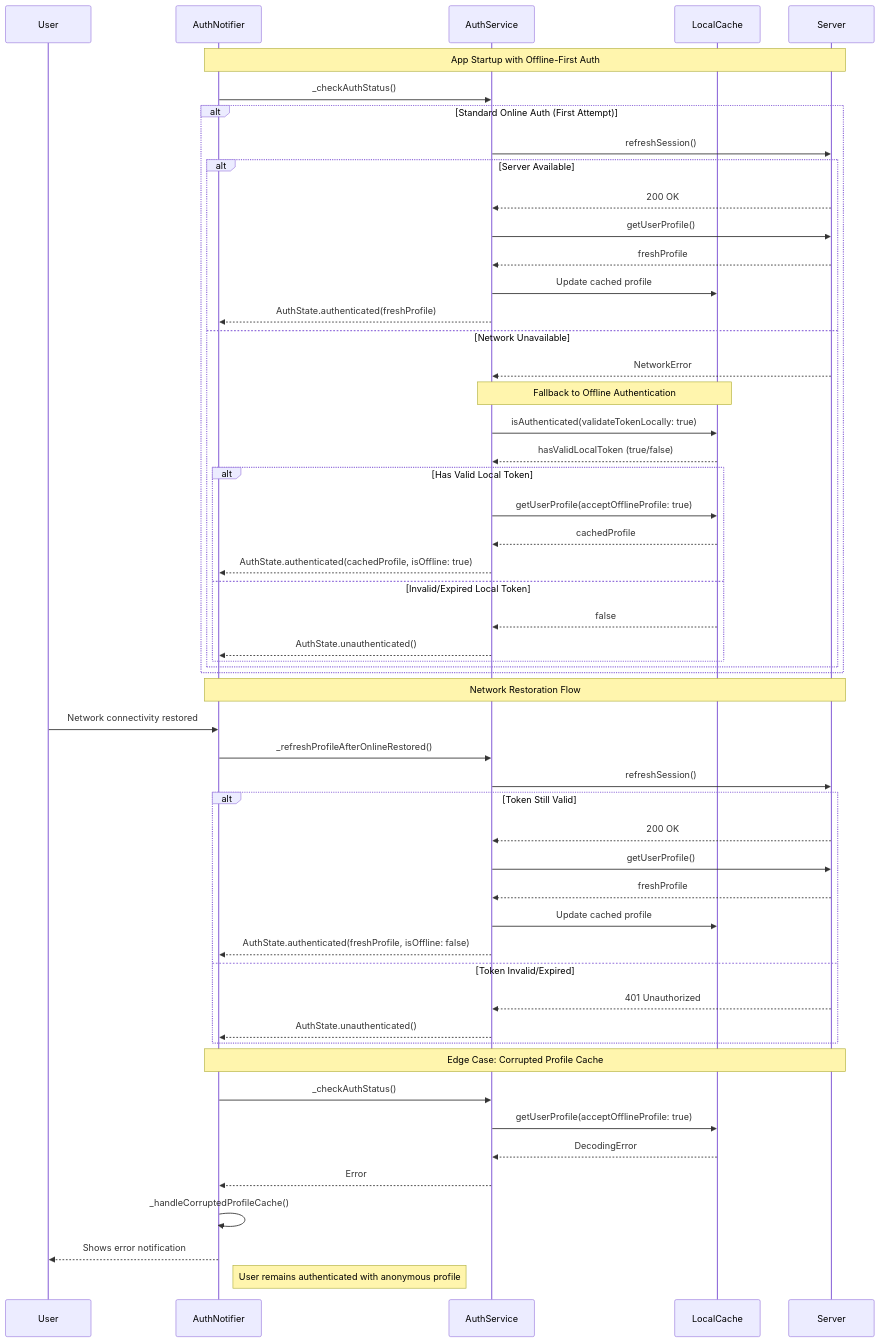
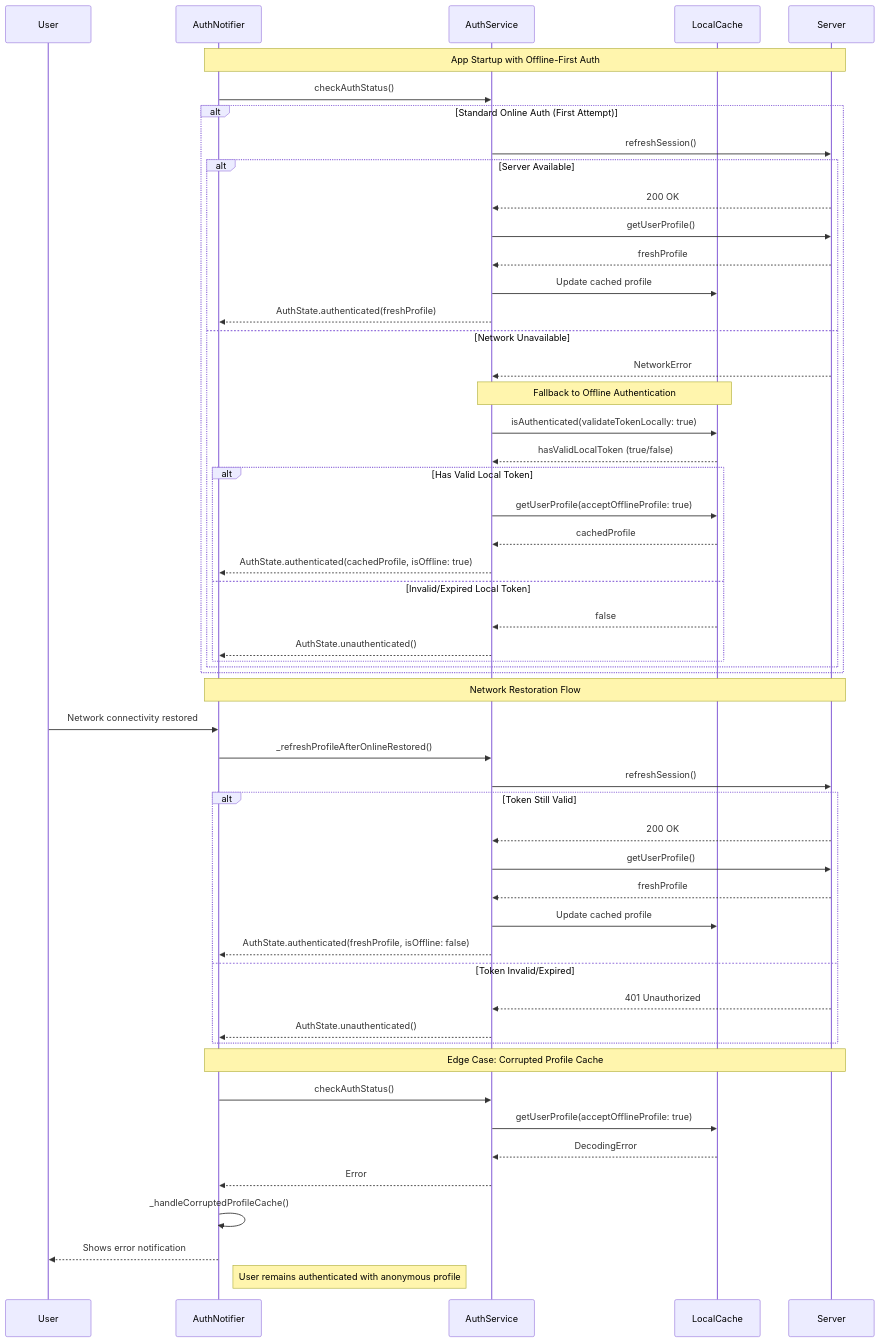
The third of 3 diagrams in docs/current/feature-auth-architecture.md (MediScribe/docjet-mobile), drawn with Mermaid before and after one commit. The commit also changed other lines of this file and 5 other files, not shown here.

````diff
--- a/docs/current/feature-auth-architecture.md
+++ b/docs/current/feature-auth-architecture.md
@@ -724,62 +724,62 @@
 ```mermaid
 sequenceDiagram
     participant User
     participant AuthNotifier
     participant AuthService
     participant LocalCache
     participant Server
     
     Note over AuthNotifier,Server: App Startup with Offline-First Auth
-    AuthNotifier->>AuthService: _checkAuthStatus()
+    AuthNotifier->>AuthService: checkAuthStatus()
     
     alt Standard Online Auth (First Attempt)
         AuthService->>Server: refreshSession()
         alt Server Available
             Server-->>AuthService: 200 OK
             AuthService->>Server: getUserProfile()
             Server-->>AuthService: freshProfile
             AuthService->>LocalCache: Update cached profile
             AuthService-->>AuthNotifier: AuthState.authenticated(freshProfile)
         else Network Unavailable
             Server-->>AuthService: NetworkError
             
             Note over AuthService,LocalCache: Fallback to Offline Authentication
             AuthService->>LocalCache: isAuthenticated(validateTokenLocally: true)
             LocalCache-->>AuthService: hasValidLocalToken (true/false)
             
             alt Has Valid Local Token
                 AuthService->>LocalCache: getUserProfile(acceptOfflineProfile: true)
                 LocalCache-->>AuthService: cachedProfile
                 AuthService-->>AuthNotifier: AuthState.authenticated(cachedProfile, isOffline: true)
             else Invalid/Expired Local Token
                 LocalCache-->>AuthService: false
                 AuthService-->>AuthNotifier: AuthState.unauthenticated()
             end
         end
     end
     
     Note over AuthNotifier,Server: Network Restoration Flow
     User->>AuthNotifier: Network connectivity restored
     AuthNotifier->>AuthService: _refreshProfileAfterOnlineRestored()
     AuthService->>Server: refreshSession()
     
     alt Token Still Valid
         Server-->>AuthService: 200 OK
         AuthService->>Server: getUserProfile()
         Server-->>AuthService: freshProfile
         AuthService->>LocalCache: Update cached profile
         AuthService-->>AuthNotifier: AuthState.authenticated(freshProfile, isOffline: false)
     else Token Invalid/Expired
         Server-->>AuthService: 401 Unauthorized
         AuthService-->>AuthNotifier: AuthState.unauthenticated()
     end
     
     Note over AuthNotifier,Server: Edge Case: Corrupted Profile Cache
-    AuthNotifier->>AuthService: _checkAuthStatus()
+    AuthNotifier->>AuthService: checkAuthStatus()
     AuthService->>LocalCache: getUserProfile(acceptOfflineProfile: true)
     LocalCache-->>AuthService: DecodingError
     AuthService-->>AuthNotifier: Error
     AuthNotifier->>AuthNotifier: _handleCorruptedProfileCache()
     AuthNotifier-->>User: Shows error notification
     Note right of AuthNotifier: User remains authenticated with anonymous profile
 ```
````
